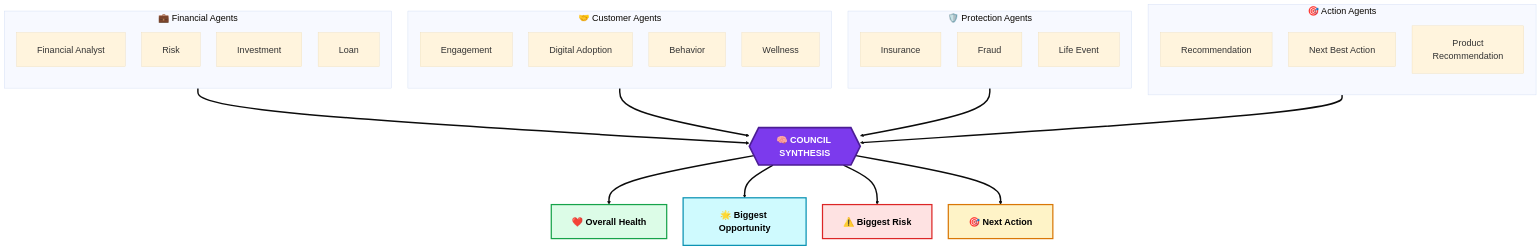
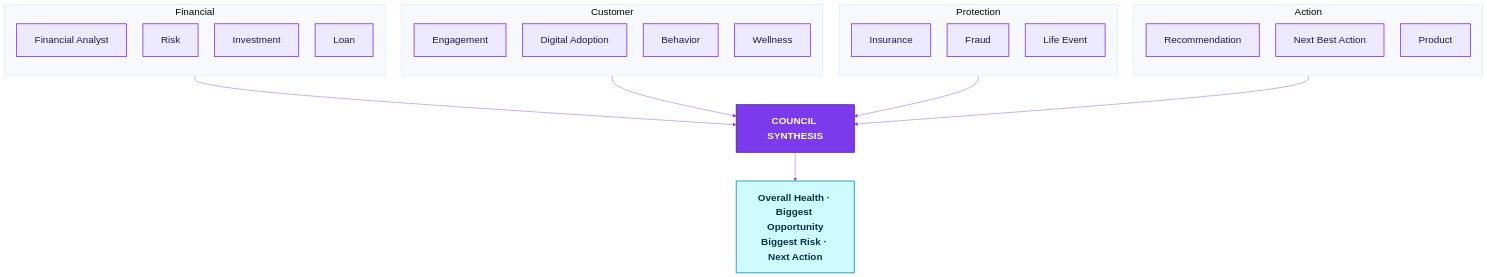
One commit to Mansi232323/MANSHORA changed the eighth of 13 diagrams in README.md. Above: the diagram before and after it, drawn with Mermaid. The commit also changed other lines of this file, not shown here.

````diff
--- a/README.md
+++ b/README.md
@@ -347,44 +274,42 @@
 ```mermaid
-%%{init: {'theme':'base','themeVariables':{'fontSize':'22px'},'flowchart':{'nodeSpacing':40,'rankSpacing':80,'padding':25,'htmlLabels':true}}}%%
+%%{init: {'theme':'base','themeVariables':{'fontSize':'24px','lineColor':'#7c3aed'},'flowchart':{'nodeSpacing':40,'rankSpacing':70,'padding':22,'htmlLabels':true}}}%%
 flowchart TB
-    subgraph G1["💼 Financial Agents"]
+    subgraph G1["Financial"]
         direction TB
         a1["Financial Analyst"]
         a2["Risk"]
         a3["Investment"]
         a4["Loan"]
     end
-    subgraph G2["🤝 Customer Agents"]
+    subgraph G2["Customer"]
         direction TB
         a5["Engagement"]
         a6["Digital Adoption"]
         a7["Behavior"]
-        a11["Wellness"]
+        a8["Wellness"]
     end
-    subgraph G3["🛡️ Protection Agents"]
+    subgraph G3["Protection"]
         direction TB
-        a8["Insurance"]
-        a9["Fraud"]
-        a10["Life Event"]
+        a9["Insurance"]
+        a10["Fraud"]
+        a11["Life Event"]
     end
-    subgraph G4["🎯 Action Agents"]
+    subgraph G4["Action"]
         direction TB
         a12["Recommendation"]
         a13["Next Best Action"]
-        a14["Product<br/>Recommendation"]
+        a14["Product"]
     end
-    G1 ==> S
-    G2 ==> S
-    G3 ==> S
-    G4 ==> S
-    S{{"<b>🧠 COUNCIL SYNTHESIS</b>"}}
-    S ==> o1["<b>❤️ Overall Health</b>"]
-    S ==> o2["<b>🌟 Biggest Opportunity</b>"]
-    S ==> o3["<b>⚠️ Biggest Risk</b>"]
-    S ==> o4["<b>🎯 Next Action</b>"]
-    style S fill:#7c3aed,color:#fff,stroke:#4c1d95,stroke-width:4px
-    style o1 fill:#dcfce7,stroke:#16a34a,stroke-width:3px,color:#000
-    style o2 fill:#cffafe,stroke:#0891b2,stroke-width:3px,color:#000
-    style o3 fill:#fee2e2,stroke:#dc2626,stroke-width:3px,color:#000
-    style o4 fill:#fef3c7,stroke:#d97706,stroke-width:3px,color:#000
+    G1 --> S
+    G2 --> S
+    G3 --> S
+    G4 --> S
+    S["<b>COUNCIL SYNTHESIS</b>"]
+    S --> R["<b>Overall Health · Biggest Opportunity<br/>Biggest Risk · Next Action</b>"]
+    classDef agent fill:#ede9fe,stroke:#7c3aed,stroke-width:2px,color:#1e1b4b
+    classDef core fill:#7c3aed,stroke:#4c1d95,stroke-width:2px,color:#ffffff
+    classDef out fill:#cffafe,stroke:#0891b2,stroke-width:2px,color:#083344
+    class a1,a2,a3,a4,a5,a6,a7,a8,a9,a10,a11,a12,a13,a14 agent
+    class S core
+    class R out
 ```
````
